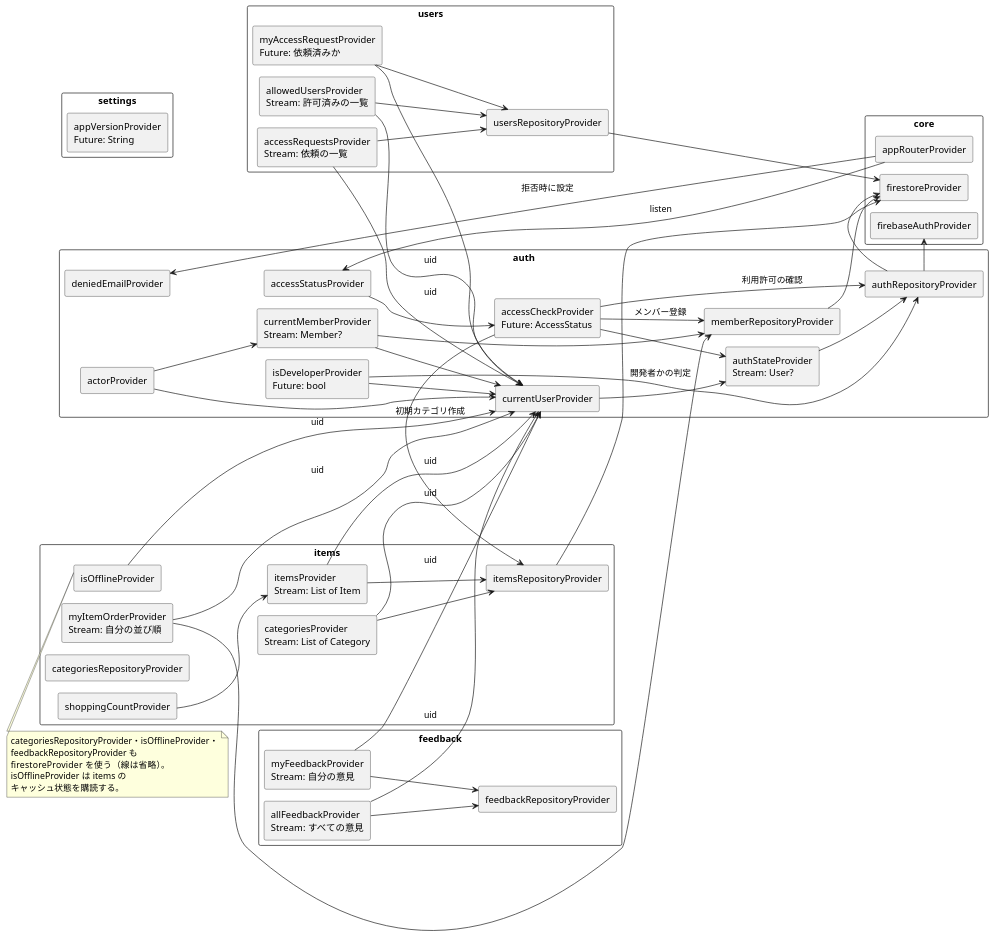
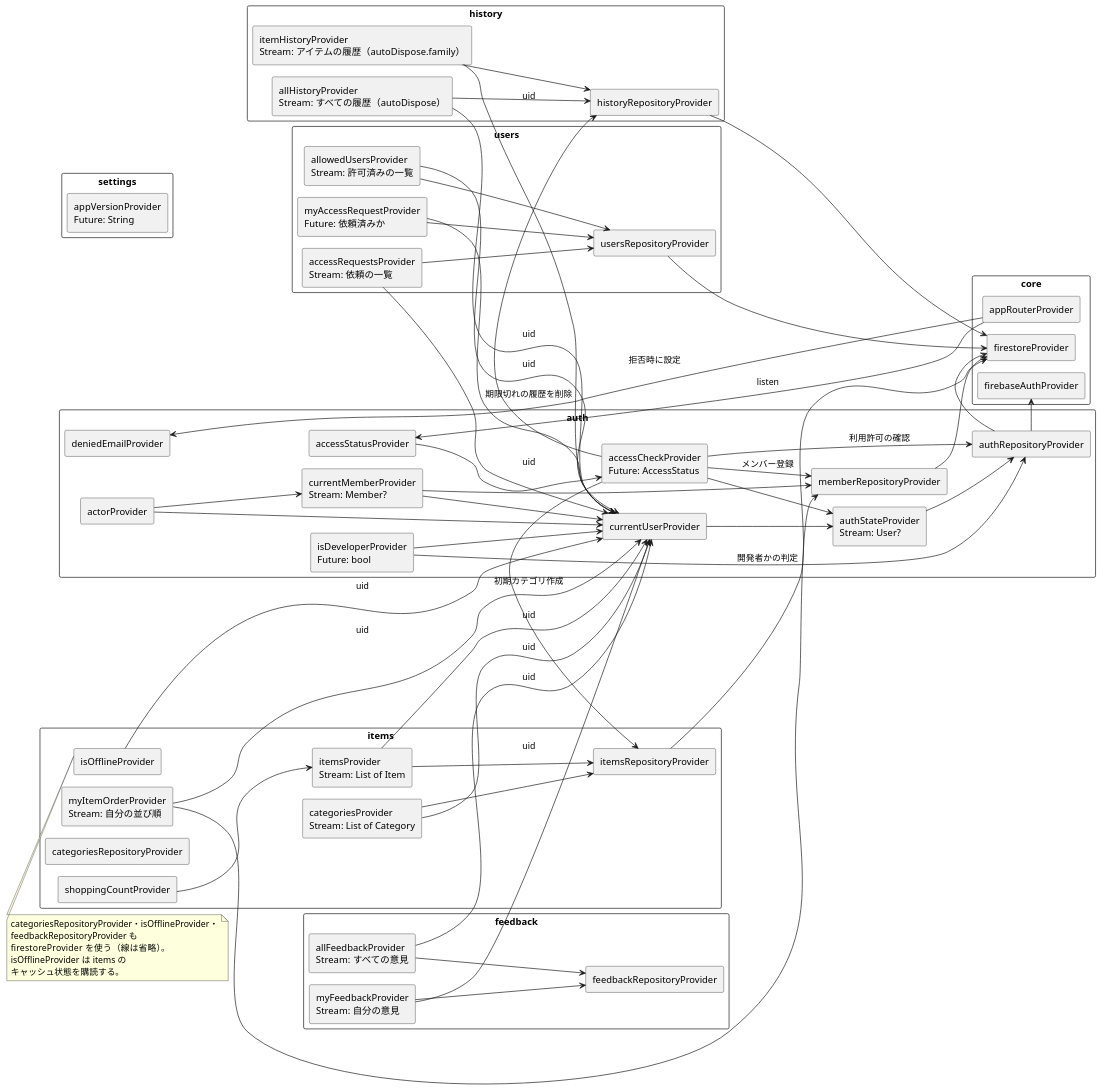
One commit to LASC-SINCE2015/LivingManager changed the diagram in design/architecture/diagrams/providers.puml. Above: the diagram before and after it, drawn with PlantUML. The commit also changed 53 other files, not shown here.

```diff
--- a/design/architecture/diagrams/providers.puml
+++ b/design/architecture/diagrams/providers.puml
@@ -1,101 +1,113 @@
 @startuml providers
 !pragma layout smetana
 ' Riverpod の Provider の依存関係（矢印は「監視・参照している先」）
 skinparam defaultFontName "Meiryo"
 left to right direction
 
 rectangle "core" {
   rectangle "firebaseAuthProvider" as fa
   rectangle "firestoreProvider" as fs
   rectangle "appRouterProvider" as router
 }
 
 rectangle "auth" {
   rectangle "authRepositoryProvider" as authRepo
   rectangle "memberRepositoryProvider" as memberRepo
   rectangle "authStateProvider\nStream: User?" as authState
   rectangle "currentUserProvider" as currentUser
   rectangle "accessCheckProvider\nFuture: AccessStatus" as accessCheck
   rectangle "accessStatusProvider" as accessStatus
   rectangle "deniedEmailProvider" as deniedEmail
   rectangle "currentMemberProvider\nStream: Member?" as currentMember
   rectangle "actorProvider" as actor
   rectangle "isDeveloperProvider\nFuture: bool" as isDev
 }
 
 rectangle "items" {
   rectangle "itemsRepositoryProvider" as itemsRepo
   rectangle "categoriesProvider\nStream: List of Category" as categories
   rectangle "itemsProvider\nStream: List of Item" as itemList
   rectangle "shoppingCountProvider" as count
   rectangle "myItemOrderProvider\nStream: 自分の並び順" as myOrder
   rectangle "categoriesRepositoryProvider" as catRepo
   rectangle "isOfflineProvider" as offline
 }
 
 rectangle "settings" {
   rectangle "appVersionProvider\nFuture: String" as version
 }
 
 rectangle "feedback" {
   rectangle "feedbackRepositoryProvider" as fbRepo
   rectangle "myFeedbackProvider\nStream: 自分の意見" as myFb
   rectangle "allFeedbackProvider\nStream: すべての意見" as allFb
 }
 
+rectangle "history" {
+  rectangle "historyRepositoryProvider" as histRepo
+  rectangle "allHistoryProvider\nStream: すべての履歴（autoDispose）" as allHist
+  rectangle "itemHistoryProvider\nStream: アイテムの履歴（autoDispose.family）" as itemHist
+}
+
 rectangle "users" {
   rectangle "usersRepositoryProvider" as usersRepo
   rectangle "myAccessRequestProvider\nFuture: 依頼済みか" as myReq
   rectangle "accessRequestsProvider\nStream: 依頼の一覧" as reqs
   rectangle "allowedUsersProvider\nStream: 許可済みの一覧" as allowed
 }
 
 authRepo --> fa
 authRepo --> fs
 memberRepo --> fs
 itemsRepo --> fs
 
 authState --> authRepo
 currentUser --> authState
 accessCheck --> authState
 accessCheck --> authRepo : 利用許可の確認
 accessCheck --> memberRepo : メンバー登録
 accessCheck --> itemsRepo : 初期カテゴリ作成
+accessCheck --> histRepo : 期限切れの履歴を削除
+histRepo --> fs
+allHist --> currentUser : uid
+allHist --> histRepo
+itemHist --> currentUser : uid
+itemHist --> histRepo
 accessStatus --> accessCheck
 currentMember --> currentUser
 currentMember --> memberRepo
 actor --> currentUser
 actor --> currentMember
 
 categories --> currentUser : uid
 categories --> itemsRepo
 itemList --> currentUser : uid
 itemList --> itemsRepo
 count --> itemList
 myOrder --> currentUser : uid
 myOrder --> memberRepo
 offline --> currentUser : uid
 isDev --> currentUser
 isDev --> authRepo : 開発者かの判定
 myFb --> currentUser : uid
 myFb --> fbRepo
 allFb --> currentUser : uid
 allFb --> fbRepo
 usersRepo --> fs
 myReq --> currentUser
 myReq --> usersRepo
 reqs --> currentUser : uid
 reqs --> usersRepo
 allowed --> currentUser : uid
 allowed --> usersRepo
 
 router --> accessStatus : listen
 router --> deniedEmail : 拒否時に設定
 note bottom of offline
   categoriesRepositoryProvider・isOfflineProvider・
   feedbackRepositoryProvider も
   firestoreProvider を使う（線は省略）。
   isOfflineProvider は items の
   キャッシュ状態を購読する。
 end note
 @enduml
```
